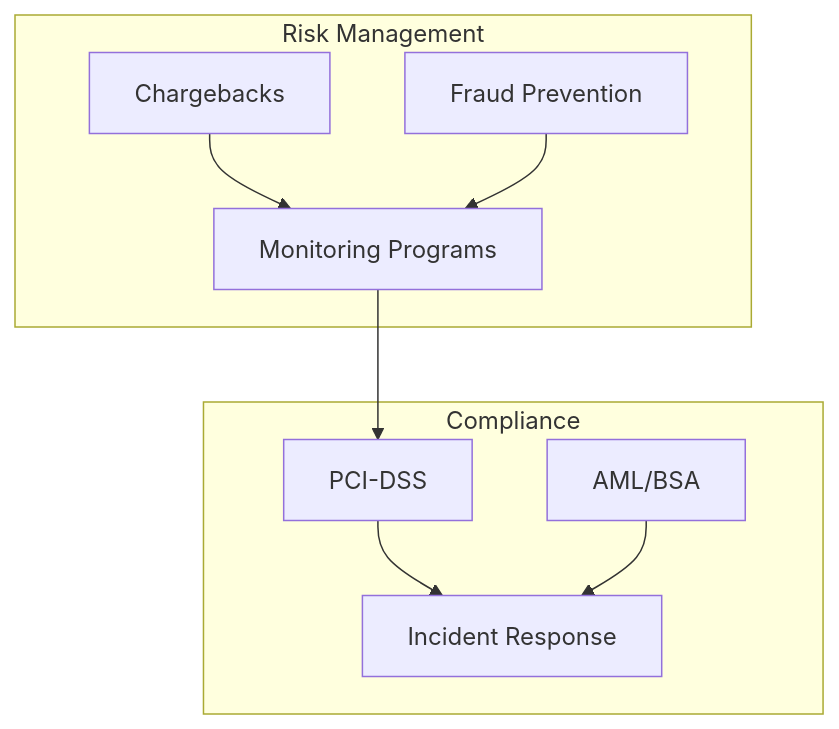
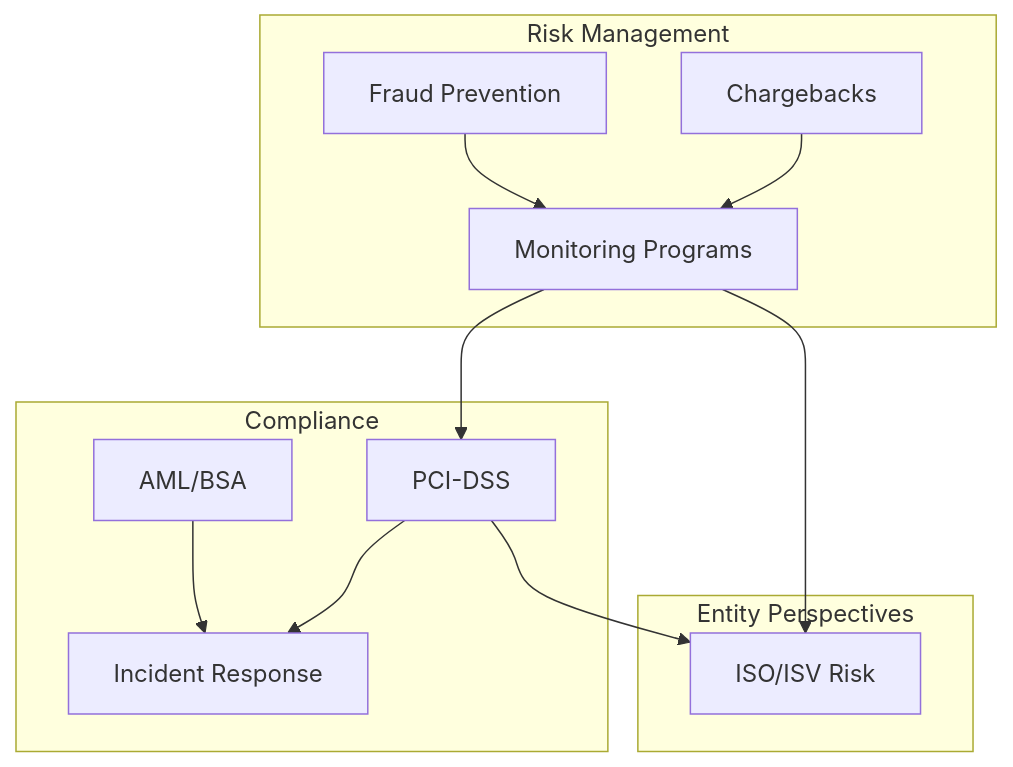
Before and after one commit to luzan/payment-space: the diagram in docs/risk-compliance/index.md, drawn with Mermaid. The commit also changed other lines of this file and 13 other files, not shown here.

First line of the commit message:
feat(docs): add ISO & ISV Risk Perspectives to risk-compliance module

````diff
--- a/docs/risk-compliance/index.md
+++ b/docs/risk-compliance/index.md
@@ -36,20 +36,26 @@
 ```mermaid
 flowchart TB
     subgraph Risk["Risk Management"]
         CB[Chargebacks]
         FR[Fraud Prevention]
         MON[Monitoring Programs]
     end
 
     subgraph Compliance["Compliance"]
         PCI[PCI-DSS]
         AML[AML/BSA]
         IR[Incident Response]
     end
 
+    subgraph Perspectives["Entity Perspectives"]
+        ISO[ISO/ISV Risk]
+    end
+
     CB --> MON
     FR --> MON
     MON --> PCI
     PCI --> IR
     AML --> IR
+    MON --> ISO
+    PCI --> ISO
 ```
````
